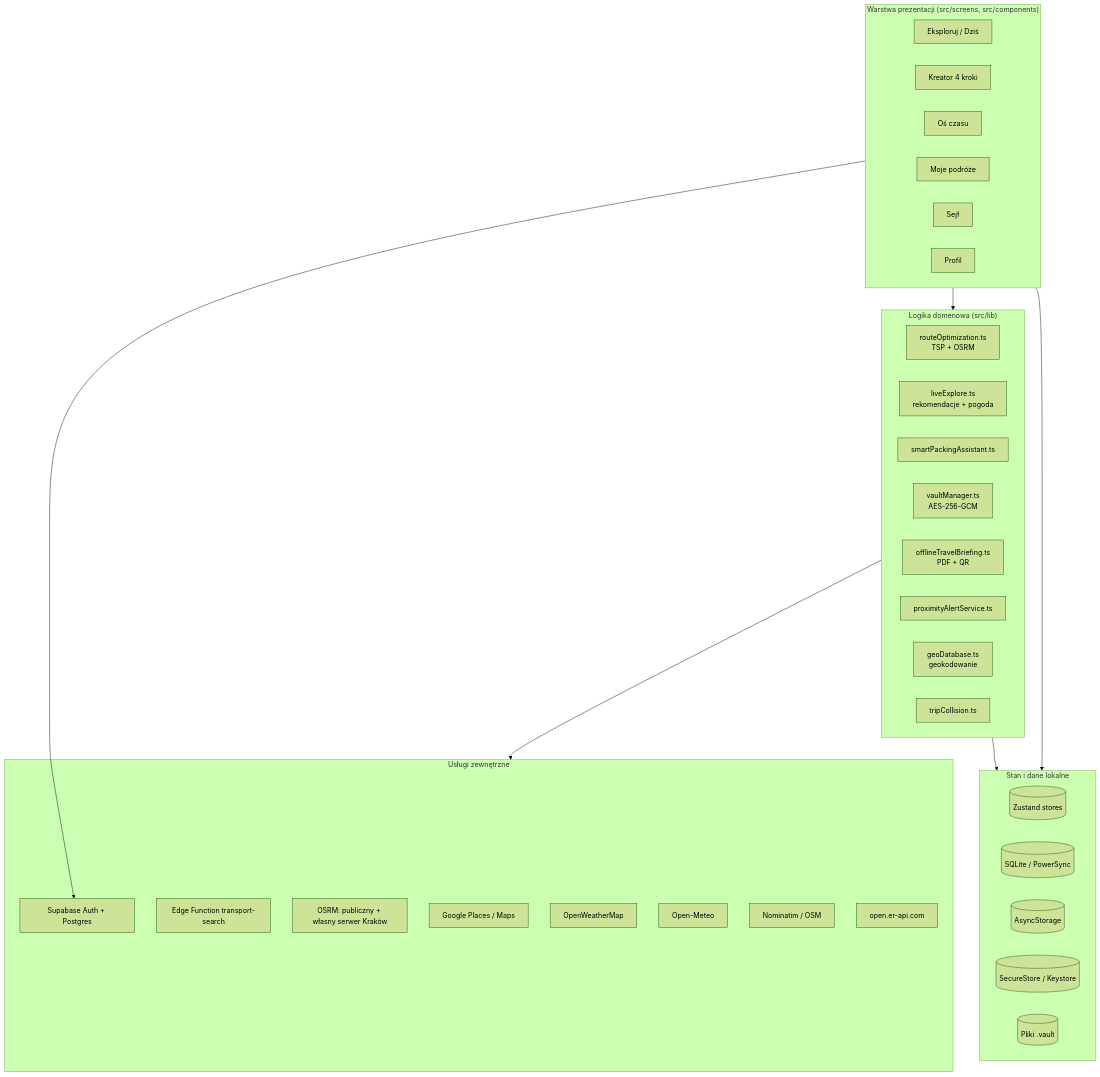
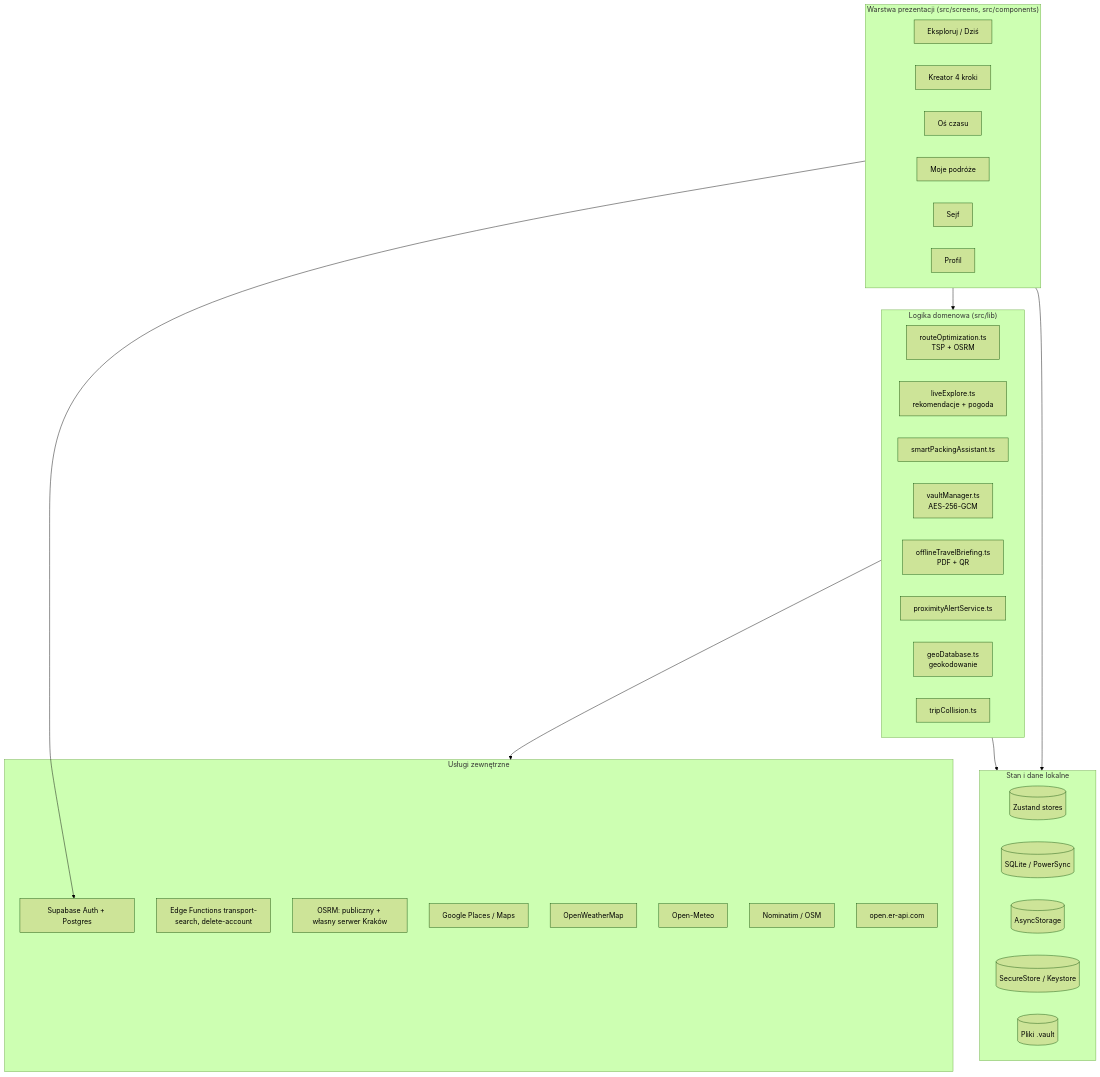
One commit to gabbla05/Destivo changed the diagram in README.md. Above: the diagram before and after it, drawn with Mermaid (forest theme). The commit also changed other lines of this file and 2 other files, not shown here.

````diff
--- a/README.md
+++ b/README.md
@@ -80,47 +80,47 @@
 ```mermaid
 flowchart TB
     subgraph UI["Warstwa prezentacji (src/screens, src/components)"]
         Explore[Eksploruj / Dziś]
         Creator[Kreator 4 kroki]
         Timeline[Oś czasu]
         Trips[Moje podróże]
         Vault[Sejf]
         Profile[Profil]
     end
 
     subgraph Logic["Logika domenowa (src/lib)"]
         Route[routeOptimization.ts<br/>TSP + OSRM]
         Live[liveExplore.ts<br/>rekomendacje + pogoda]
         Packing[smartPackingAssistant.ts]
         VaultM[vaultManager.ts<br/>AES-256-GCM]
         Briefing[offlineTravelBriefing.ts<br/>PDF + QR]
         Prox[proximityAlertService.ts]
         Geo[geoDatabase.ts<br/>geokodowanie]
         Coll[tripCollision.ts]
     end
 
     subgraph State["Stan i dane lokalne"]
         Zustand[(Zustand stores)]
         SQLite[(SQLite / PowerSync)]
         Async[(AsyncStorage)]
         Secure[(SecureStore / Keystore)]
         Files[(Pliki .vault)]
     end
 
     subgraph Cloud["Usługi zewnętrzne"]
         Supa[Supabase Auth + Postgres]
-        Edge[Edge Function transport-search]
+        Edge[Edge Functions transport-search, delete-account]
         OSRM[OSRM: publiczny + własny serwer Kraków]
         Google[Google Places / Maps]
         OWM[OpenWeatherMap]
         OM[Open-Meteo]
         Nom[Nominatim / OSM]
         FX[open.er-api.com]
     end
 
     UI --> Logic
     UI --> State
     Logic --> State
     Logic --> Cloud
     UI --> Supa
 ```
````
